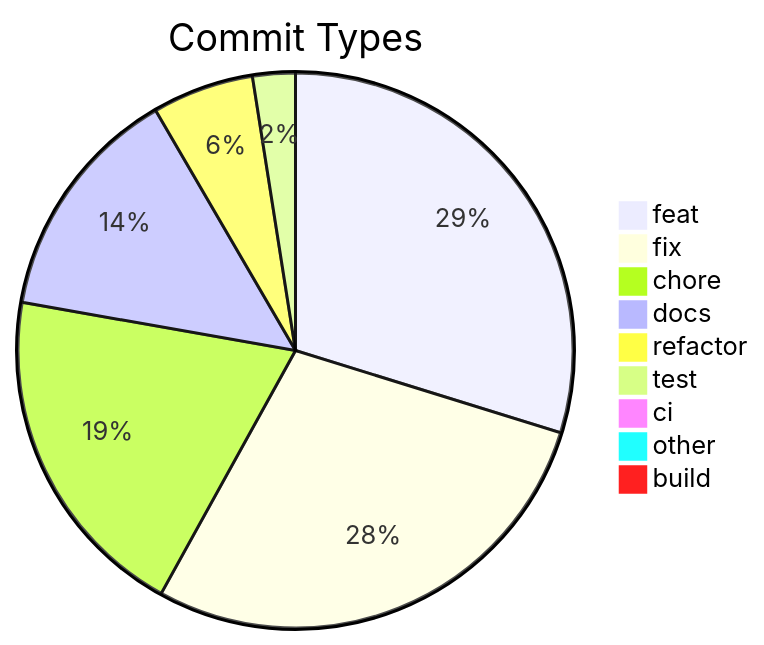
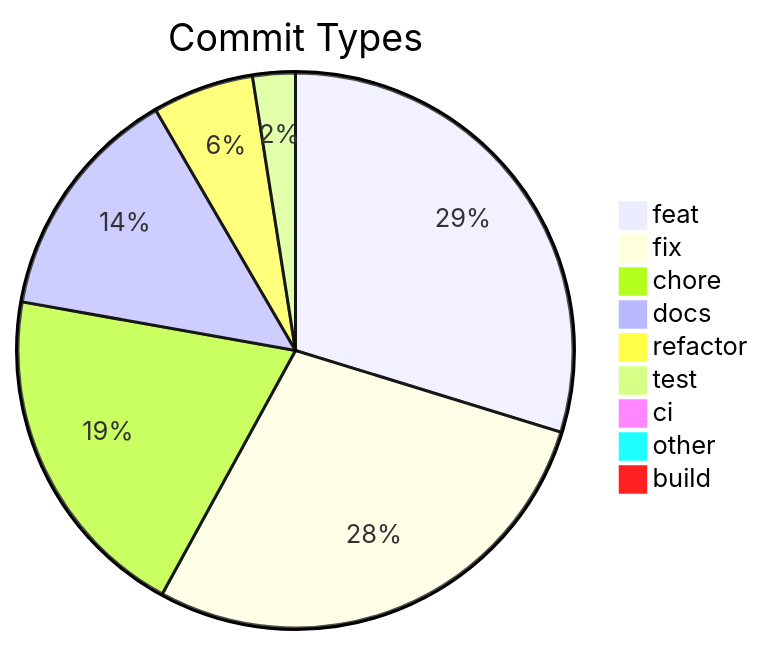
Before and after one commit to svenroth-ai/shipwright: the diagram in .shipwright/compliance/change-history.md, drawn with Mermaid. The commit also changed other lines of this file and 18 other files, not shown here.

````diff
--- a/.shipwright/compliance/change-history.md
+++ b/.shipwright/compliance/change-history.md
@@ -8,12 +8,12 @@
 ```mermaid
 pie title Commit Types
     "feat" : 252
     "fix" : 239
-    "chore" : 167
+    "chore" : 168
     "docs" : 117
     "refactor" : 50
     "test" : 21
     "ci" : 7
     "other" : 7
     "build" : 1
 ```
````
